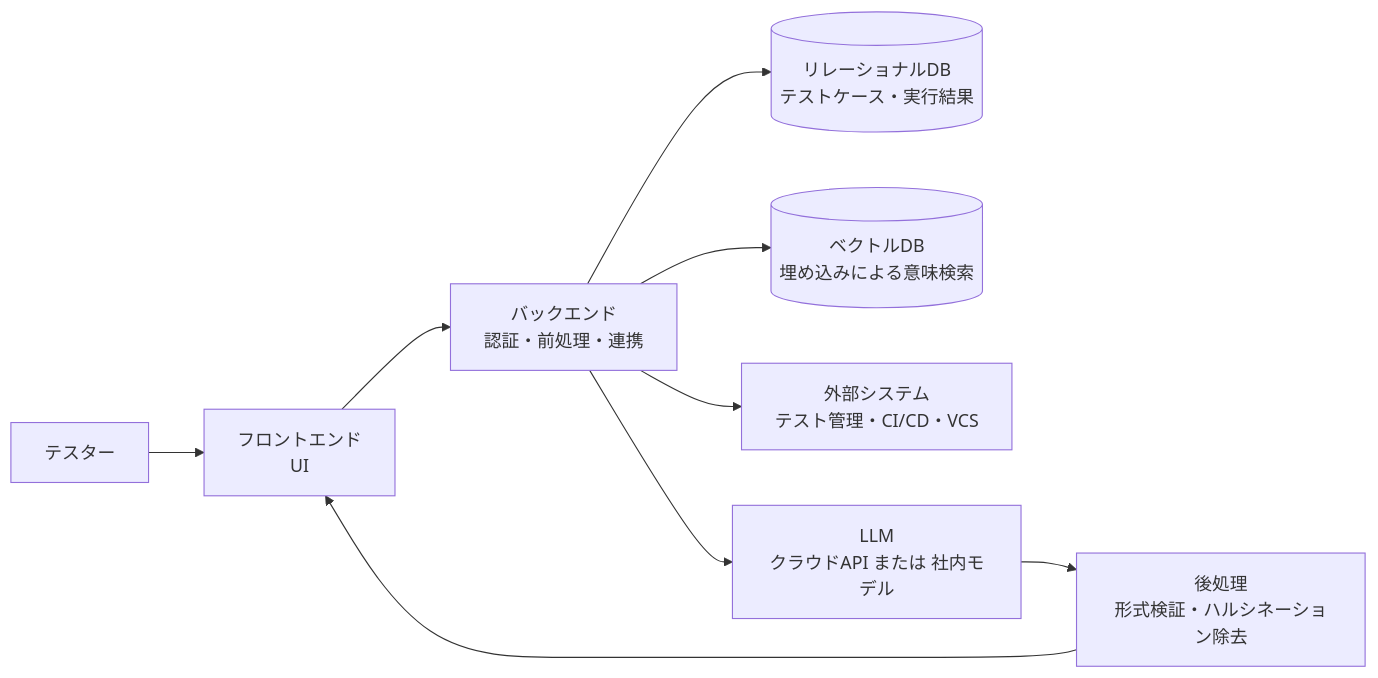
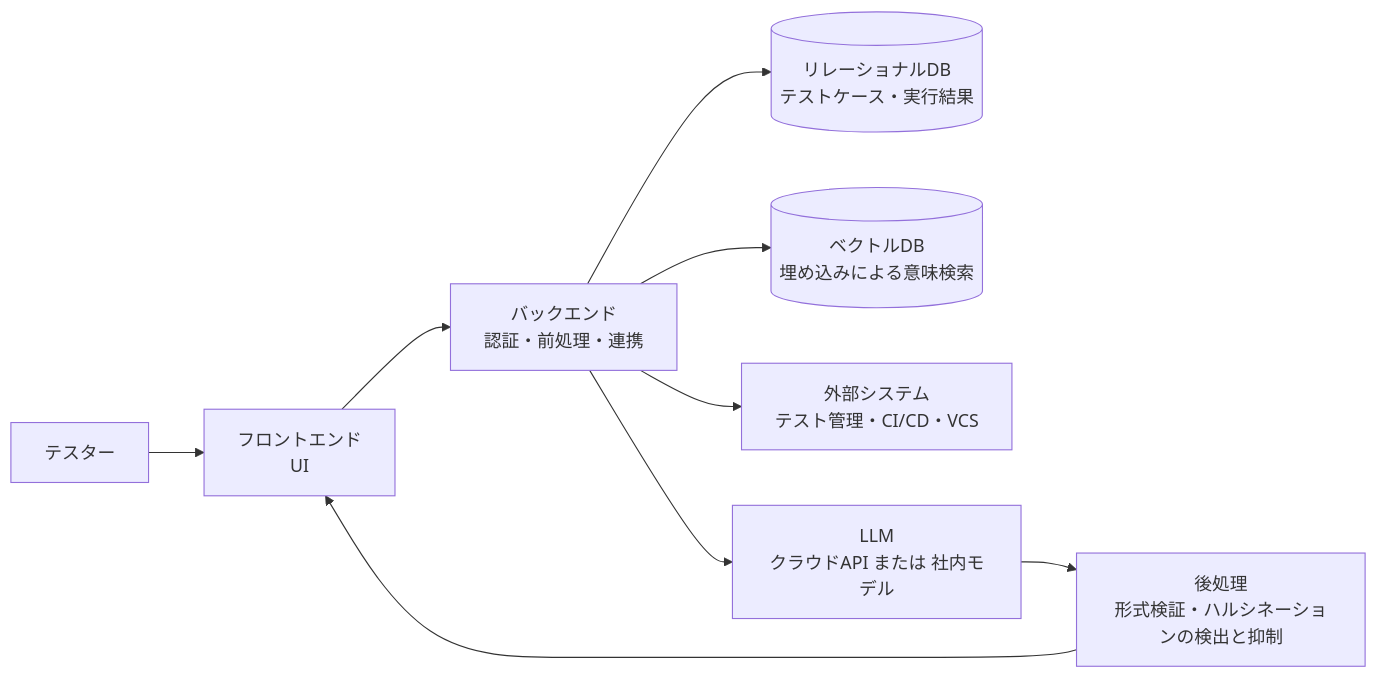
The second of 10 diagrams in Ctgenai-ch4-llm-powered-solutions-guide.md (myoshi2891/Quality-Assurance-Studies), drawn with Mermaid before and after one commit.

Commit message:
docs(ct-genai): clarify post-processing description in chapter 4 guide

````diff
--- a/Ctgenai-ch4-llm-powered-solutions-guide.md
+++ b/Ctgenai-ch4-llm-powered-solutions-guide.md
@@ -120,11 +120,11 @@
 ```mermaid
 flowchart LR
     a1["テスター"] --> a2["フロントエンド<br/>UI"]
     a2 --> a3["バックエンド<br/>認証・前処理・連携"]
     a3 --> a4[("リレーショナルDB<br/>テストケース・実行結果")]
     a3 --> a5[("ベクトルDB<br/>埋め込みによる意味検索")]
     a3 --> a6["外部システム<br/>テスト管理・CI/CD・VCS"]
     a3 --> a7["LLM<br/>クラウドAPI または 社内モデル"]
-    a7 --> a8["後処理<br/>形式検証・ハルシネーション除去"]
+    a7 --> a8["後処理<br/>形式検証・ハルシネーションの検出と抑制"]
     a8 --> a2
 ```
````
